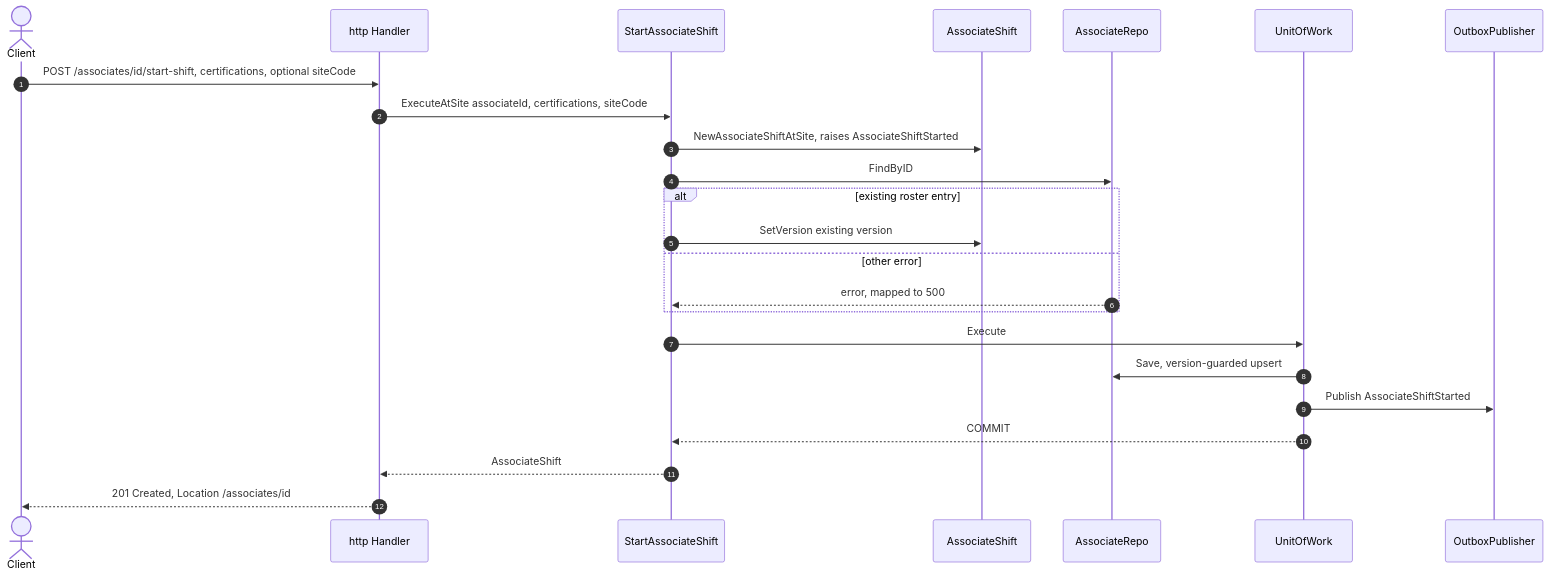
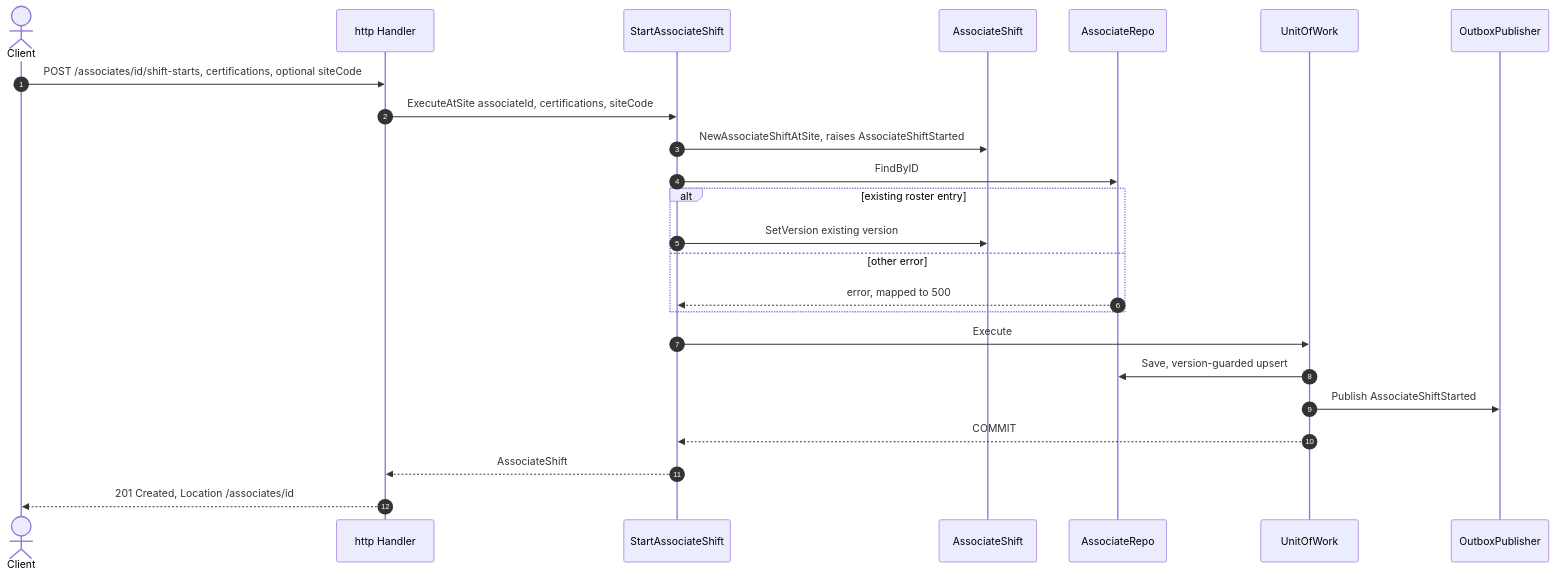
The third of 7 diagrams in docs/contexts/workforce-management/sequence-diagrams.md (IQVO/warehouse-docs), drawn with Mermaid before and after one commit. The commit also changed other lines of this file and 272 other files, not shown here.

````diff
--- a/docs/contexts/workforce-management/sequence-diagrams.md
+++ b/docs/contexts/workforce-management/sequence-diagrams.md
@@ -182,26 +182,26 @@
 ```mermaid
 sequenceDiagram
     autonumber
     actor Client
     participant H as http Handler
     participant UC as StartAssociateShift
     participant AS as AssociateShift
     participant AR as AssociateRepo
     participant UoW as UnitOfWork
     participant OB as OutboxPublisher
-    Client->>H: POST /associates/id/start-shift, certifications, optional siteCode
+    Client->>H: POST /associates/id/shift-starts, certifications, optional siteCode
     H->>UC: ExecuteAtSite associateId, certifications, siteCode
     UC->>AS: NewAssociateShiftAtSite, raises AssociateShiftStarted
     UC->>AR: FindByID
     alt existing roster entry
         UC->>AS: SetVersion existing version
     else other error
         AR-->>UC: error, mapped to 500
     end
     UC->>UoW: Execute
     UoW->>AR: Save, version-guarded upsert
     UoW->>OB: Publish AssociateShiftStarted
     UoW-->>UC: COMMIT
     UC-->>H: AssociateShift
     H-->>Client: 201 Created, Location /associates/id
 ```
````
